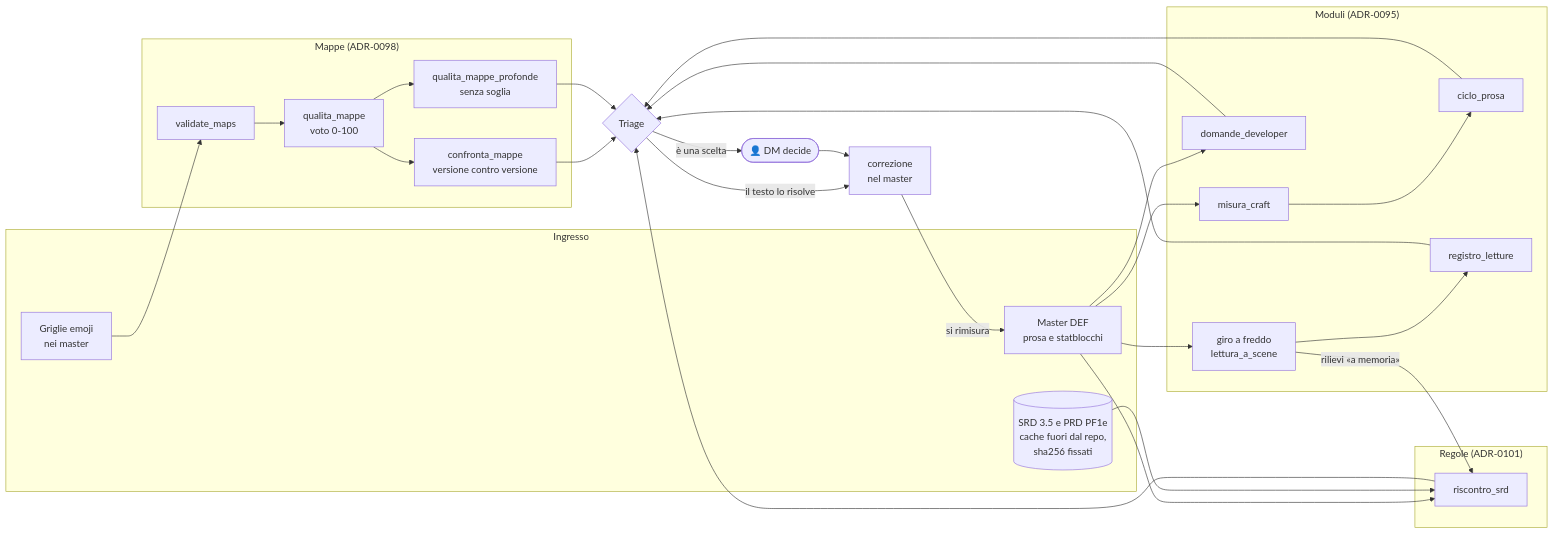
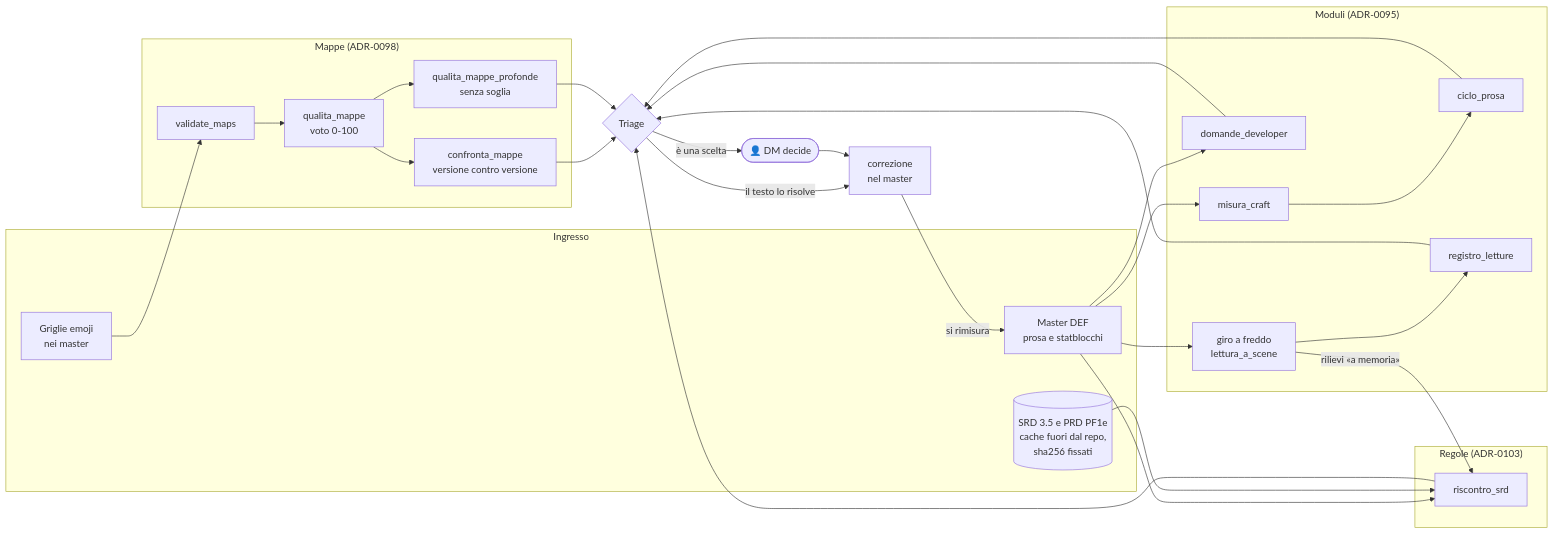
Diagram 21 of 22 in docs/ARCHITETTURA.md (gsamuele78/RumblingStone), drawn with Mermaid before and after one commit. The commit also changed other lines of this file and 15 other files, not shown here.

````diff
--- a/docs/ARCHITETTURA.md
+++ b/docs/ARCHITETTURA.md
@@ -742,33 +742,33 @@
 ```mermaid
 flowchart LR
     subgraph IN["Ingresso"]
         MAP["Griglie emoji<br/>nei master"]
         TXT["Master DEF<br/>prosa e statblocchi"]
         FONTI[("SRD 3.5 e PRD PF1e<br/>cache fuori dal repo,<br/>sha256 fissati")]
     end
     subgraph MAPPE["Mappe (ADR-0098)"]
         VM["validate_maps"] --> QM["qualita_mappe<br/>voto 0-100"]
         QM --> QP["qualita_mappe_profonde<br/>senza soglia"]
         QM --> CM["confronta_mappe<br/>versione contro versione"]
     end
     subgraph MODULI["Moduli (ADR-0095)"]
         MC["misura_craft"] --> CP["ciclo_prosa"]
         DD["domande_developer"]
         GF["giro a freddo<br/>lettura_a_scene"] --> RL["registro_letture"]
     end
-    subgraph REGOLE["Regole (ADR-0101)"]
+    subgraph REGOLE["Regole (ADR-0103)"]
         RS["riscontro_srd"]
     end
     MAP --> VM
     TXT --> MC
     TXT --> DD
     TXT --> GF
     TXT --> RS
     FONTI --> RS
     GF -->|"rilievi «a memoria»"| RS
     CM & QP & CP & DD & RL & RS --> TRI{"Triage"}
     TRI -->|"il testo lo risolve"| FIX["correzione<br/>nel master"]
     TRI -->|"è una scelta"| DM(["👤 DM decide"])
     DM --> FIX
     FIX -->|"si rimisura"| TXT
 ```
````
